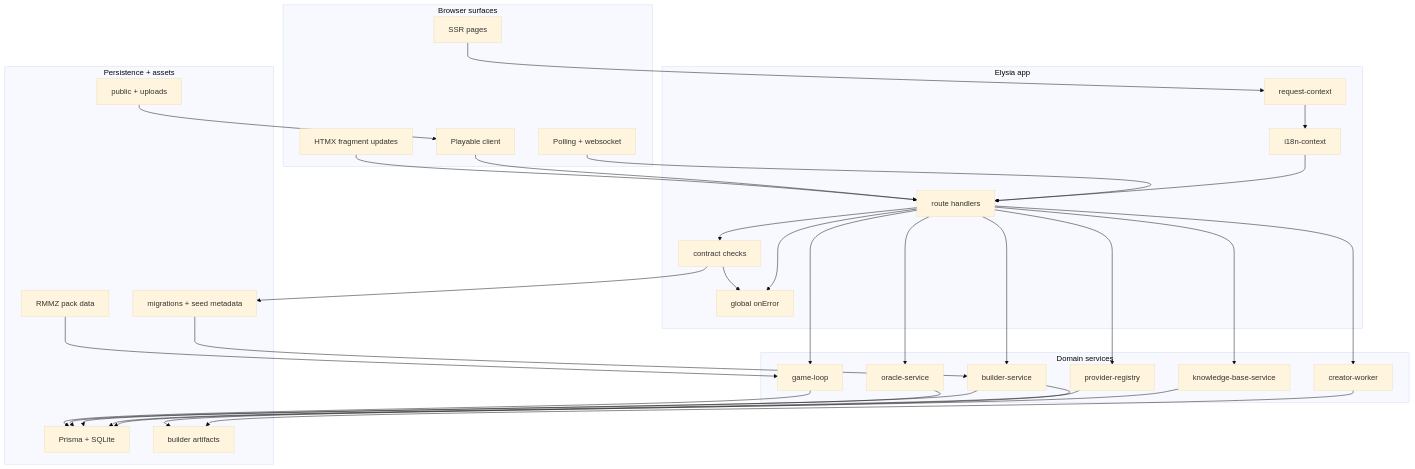
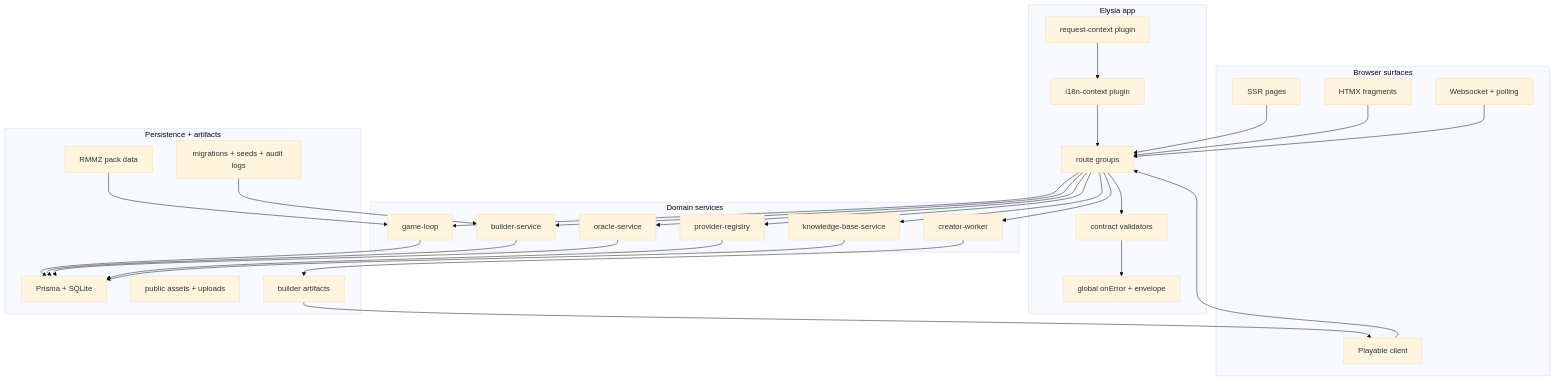
Before and after one commit to d4551/tea: the first of 16 diagrams in README.md, drawn with Mermaid (base theme). The commit also changed other lines of this file and 2 other files, not shown here.

````diff
--- a/README.md
+++ b/README.md
@@ -104,60 +154,52 @@
 ```mermaid
 flowchart TB
   subgraph Browser["Browser surfaces"]
     B_Page["SSR pages"]
-    B_Frag["HTMX fragment updates"]
+    B_Frag["HTMX fragments"]
     B_Game["Playable client"]
-    B_Transport["Polling + websocket"]
+    B_Events["Websocket + polling"]
   end
 
   subgraph App["Elysia app"]
-    A_Ctx["request-context"]
-    A_I18n["i18n-context"]
-    A_Route["route handlers"]
-    A_Contract["contract checks"]
-    A_Error["global onError"]
+    A_Plugin["request-context plugin"]
+    A_Locale["i18n-context plugin"]
+    A_Route["route groups"]
+    A_Contract["contract validators"]
+    A_Error["global onError + envelope"]
   end
 
   subgraph Domain["Domain services"]
     D_Game["game-loop"]
     D_Builder["builder-service"]
     D_Oracle["oracle-service"]
     D_AI["provider-registry"]
     D_Knowledge["knowledge-base-service"]
     D_Worker["creator-worker"]
   end
 
-  subgraph Data["Persistence + assets"]
+  subgraph Persistence["Persistence + artifacts"]
     P_DB["Prisma + SQLite"]
-    P_Assets["public + uploads"]
+    P_Assets["public assets + uploads"]
     P_Artifacts["builder artifacts"]
     P_Pack["RMMZ pack data"]
-    P_Audit["migrations + seed metadata"]
+    P_Audit["migrations + seeds + audit logs"]
   end
 
-  B_Page --> A_Ctx
+  B_Page --> A_Route
   B_Frag --> A_Route
   B_Game --> A_Route
-  B_Transport --> A_Route
-  A_Ctx --> A_I18n --> A_Route
-  A_Route --> D_Game
-  A_Route --> D_Builder
-  A_Route --> D_Oracle
-  A_Route --> D_AI
-  A_Route --> D_Knowledge
-  A_Route --> D_Worker
-  A_Route --> A_Contract
-  A_Contract --> A_Error
-  A_Route --> A_Error
+  B_Events --> A_Route
 
-  D_Game --> P_DB
-  D_Builder --> P_DB
-  D_Builder --> P_Artifacts
-  D_Oracle --> P_DB
-  D_AI --> P_DB
-  D_Knowledge --> P_DB
-  D_Worker --> P_Artifacts
-  A_Contract --> P_Audit --> D_Builder
-  P_Assets --> B_Game
+  A_Plugin --> A_Locale --> A_Route
+  A_Route --> D_Game --> P_DB
+  A_Route --> D_Builder --> P_DB
+  A_Route --> D_Oracle --> P_DB
+  A_Route --> D_AI --> P_DB
+  A_Route --> D_Knowledge --> P_DB
+  A_Route --> D_Worker --> P_Artifacts
+
+  A_Route --> A_Contract --> A_Error
+  P_Audit --> D_Builder
+  P_Artifacts --> B_Game
   P_Pack --> D_Game
 ```
````
